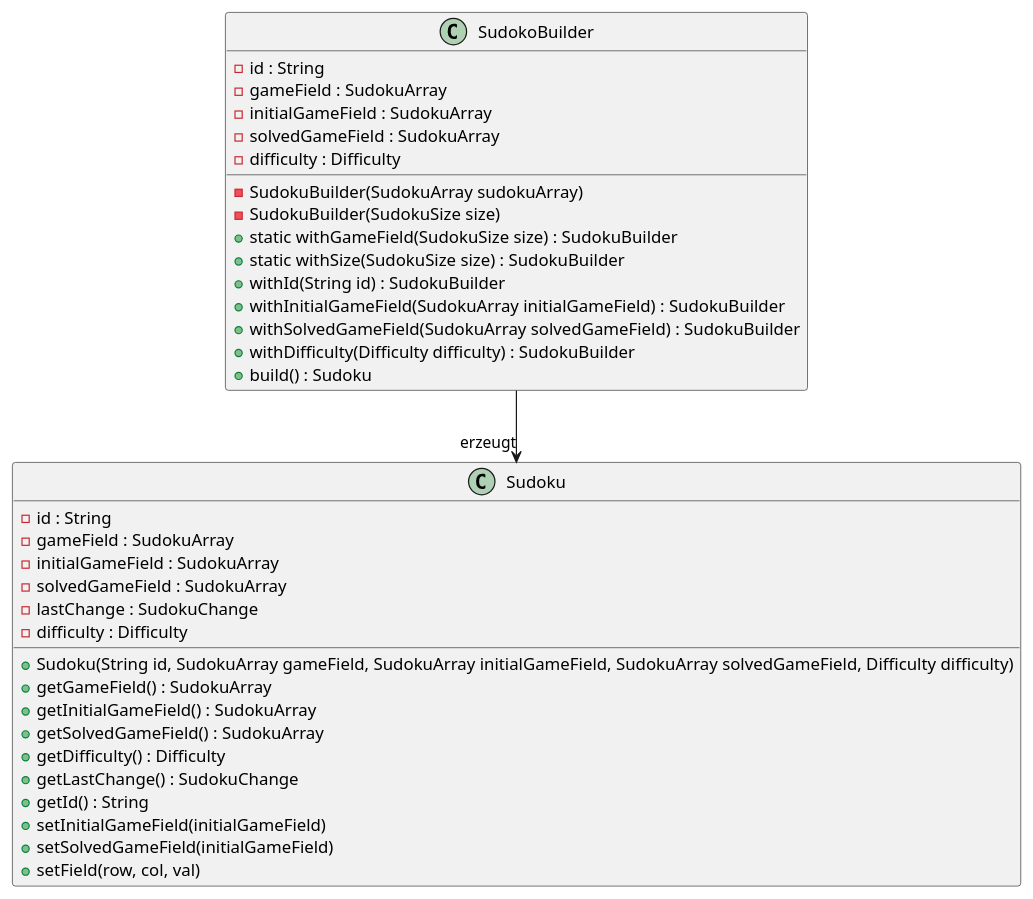
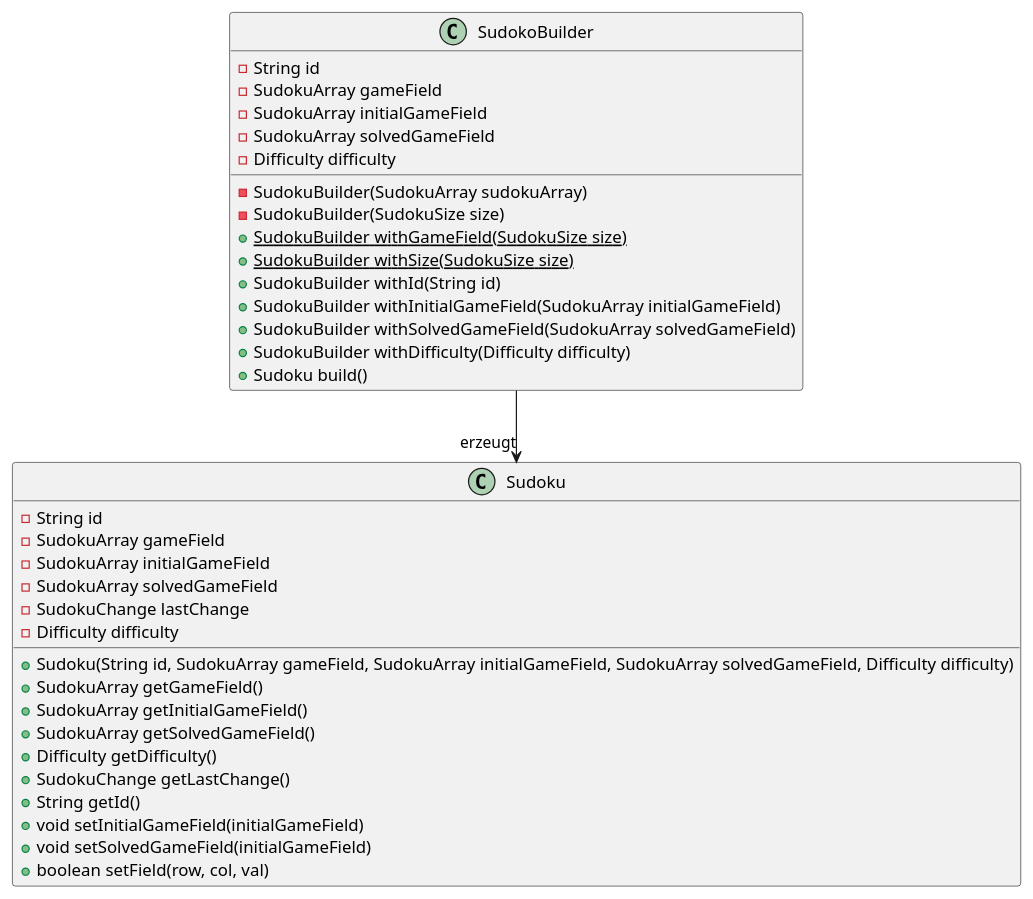
The diagram in uml/entwurfsmuster/builder.puml (mohjohfox/cli-sudoku), drawn with PlantUML before and after one commit. The commit also changed 18 other files, not shown here.

```diff
--- a/uml/entwurfsmuster/builder.puml
+++ b/uml/entwurfsmuster/builder.puml
@@ -1,39 +1,39 @@
 @startuml
 class SudokoBuilder {
-  - id : String
-  - gameField : SudokuArray
-  - initialGameField : SudokuArray
-  - solvedGameField : SudokuArray
-  - difficulty : Difficulty
+  - String id
+  - SudokuArray gameField
+  - SudokuArray initialGameField
+  - SudokuArray solvedGameField
+  - Difficulty difficulty
   - SudokuBuilder(SudokuArray sudokuArray)
   - SudokuBuilder(SudokuSize size)
-  + static withGameField(SudokuSize size) : SudokuBuilder
-  + static withSize(SudokuSize size) : SudokuBuilder
-  + withId(String id) : SudokuBuilder
-  + withInitialGameField(SudokuArray initialGameField) : SudokuBuilder
-  + withSolvedGameField(SudokuArray solvedGameField) : SudokuBuilder
-  + withDifficulty(Difficulty difficulty) : SudokuBuilder
-  + build() : Sudoku
+  + {static} SudokuBuilder withGameField(SudokuSize size)
+  + {static} SudokuBuilder withSize(SudokuSize size)
+  + SudokuBuilder withId(String id)
+  + SudokuBuilder withInitialGameField(SudokuArray initialGameField)
+  + SudokuBuilder withSolvedGameField(SudokuArray solvedGameField)
+  + SudokuBuilder withDifficulty(Difficulty difficulty)
+  + Sudoku build()
 }
 
 class Sudoku {
-  - id : String
-  - gameField : SudokuArray
-  - initialGameField : SudokuArray
-  - solvedGameField : SudokuArray
-  - lastChange : SudokuChange
-  - difficulty : Difficulty
+  - String id
+  - SudokuArray gameField
+  - SudokuArray initialGameField
+  - SudokuArray solvedGameField
+  - SudokuChange lastChange
+  - Difficulty difficulty
   + Sudoku(String id, SudokuArray gameField, SudokuArray initialGameField, SudokuArray solvedGameField, Difficulty difficulty)
-  + getGameField() : SudokuArray
-  + getInitialGameField() : SudokuArray
-  + getSolvedGameField() : SudokuArray
-  + getDifficulty() : Difficulty
-  + getLastChange() : SudokuChange
-  + getId() : String
-  + setInitialGameField(initialGameField)
-  + setSolvedGameField(initialGameField)
-  + setField(row, col, val)
+  + SudokuArray getGameField()
+  + SudokuArray getInitialGameField()
+  + SudokuArray getSolvedGameField()
+  + Difficulty getDifficulty()
+  + SudokuChange getLastChange()
+  + String getId()
+  + void setInitialGameField(initialGameField)
+  + void setSolvedGameField(initialGameField)
+  + boolean setField(row, col, val)
 }
 
 SudokoBuilder -->"erzeugt"Sudoku
 @enduml
```
